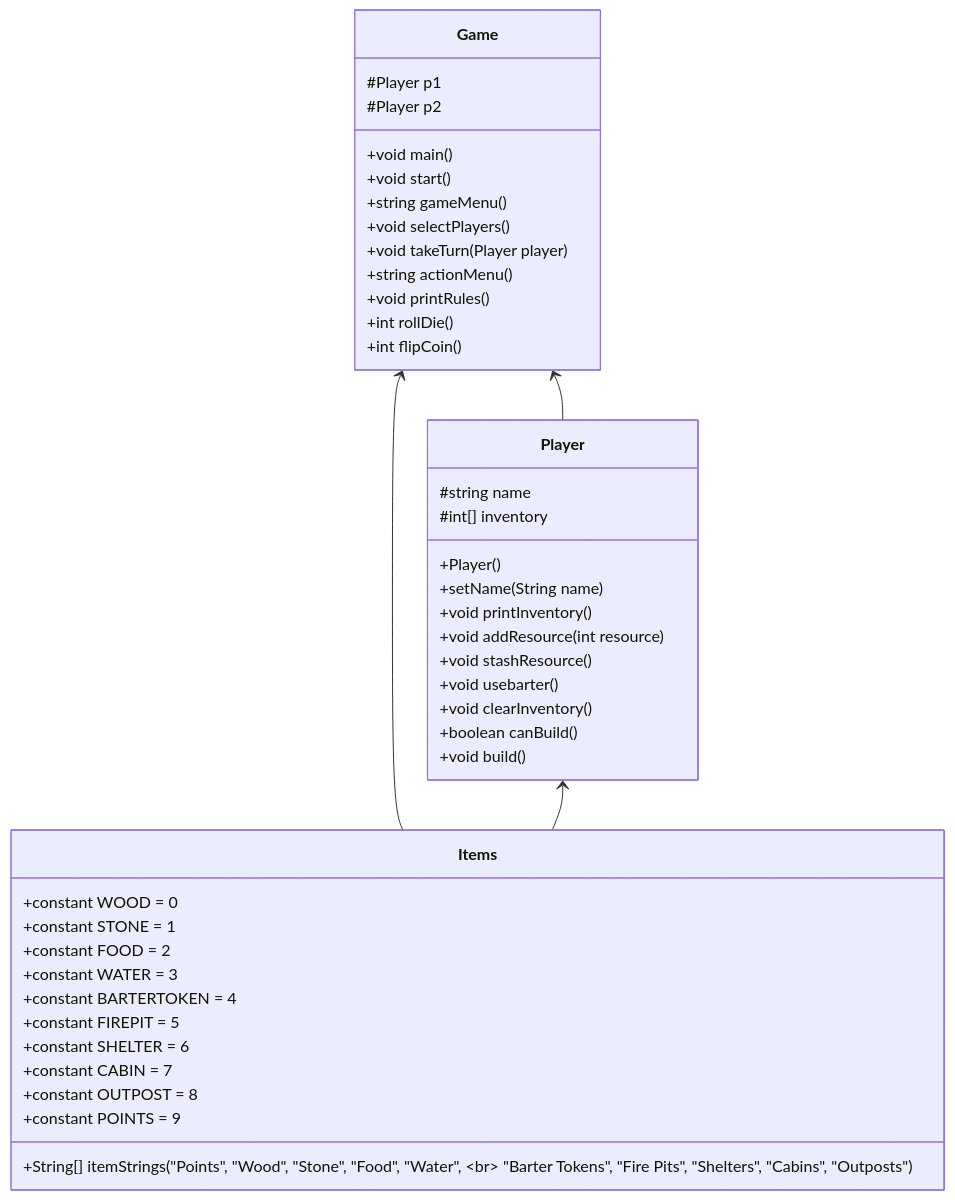
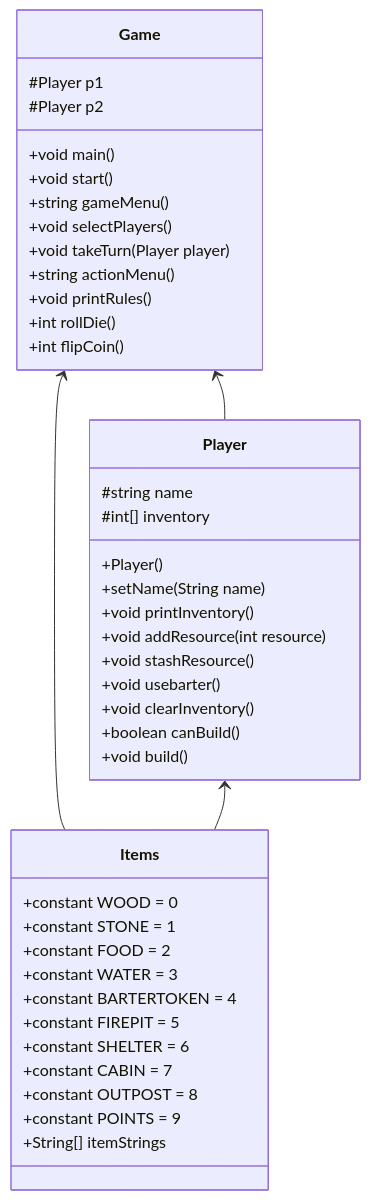
Before and after one commit to lukethelehman/Settled-Ground: the diagram in README.md, drawn with Mermaid.

Commit message:
finally fixed mermaid

````diff
--- a/README.md
+++ b/README.md
@@ -158,49 +158,49 @@
 ```mermaid
 classDiagram
 
     Game <-- Player
     Game <-- Items
     Player <-- Items
     class Game {
         #Player p1
         #Player p2
         +void main()
         +void start()
         +string gameMenu()
         +void selectPlayers()
         +void takeTurn(Player player)
         +string actionMenu()
         +void printRules()
         +int rollDie()
         +int flipCoin()
         
     }
     
     class Player{
       #string name
       #int[] inventory 
       +Player()
       +setName(String name)
       +void printInventory()
       +void addResource(int resource)
       +void stashResource()
       +void usebarter()
       +void clearInventory()
       +boolean canBuild()
       +void build()      
     }
     class Items {
         +constant WOOD = 0
         +constant STONE = 1
         +constant FOOD = 2
         +constant WATER = 3
         +constant BARTERTOKEN = 4
         +constant FIREPIT = 5
         +constant SHELTER = 6
         +constant CABIN = 7
         +constant OUTPOST = 8
         +constant POINTS = 9
-        +String[] itemStrings ("Points", "Wood", "Stone", "Food", "Water", <br> "Barter Tokens", "Fire Pits", "Shelters", "Cabins", "Outposts")
+        +String[] itemStrings
     }
 
 ```
````
